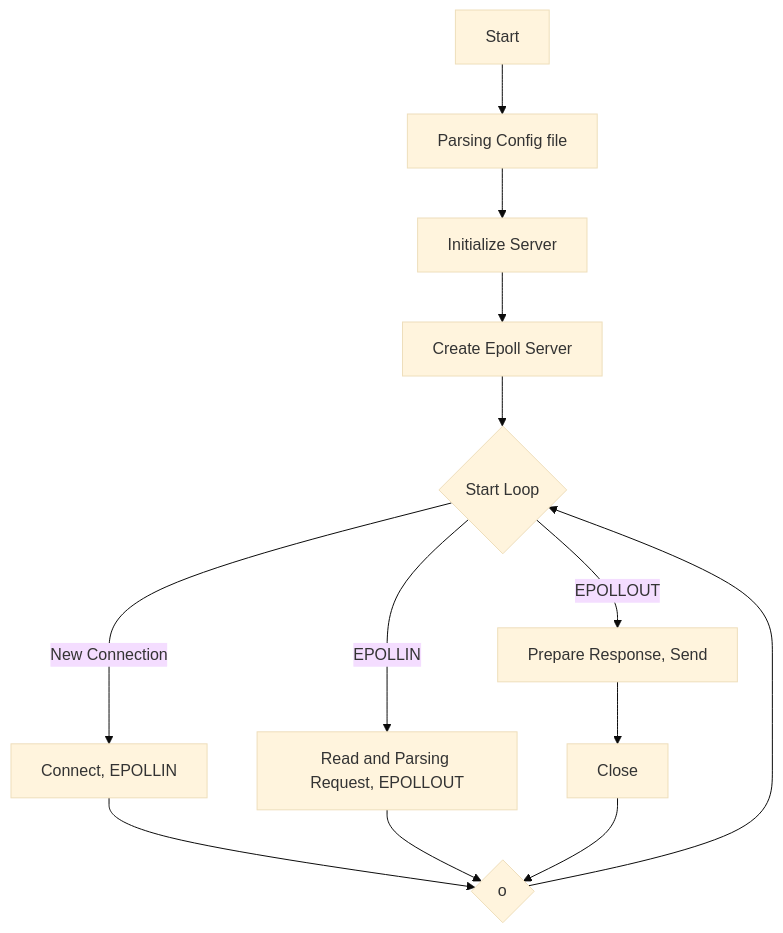
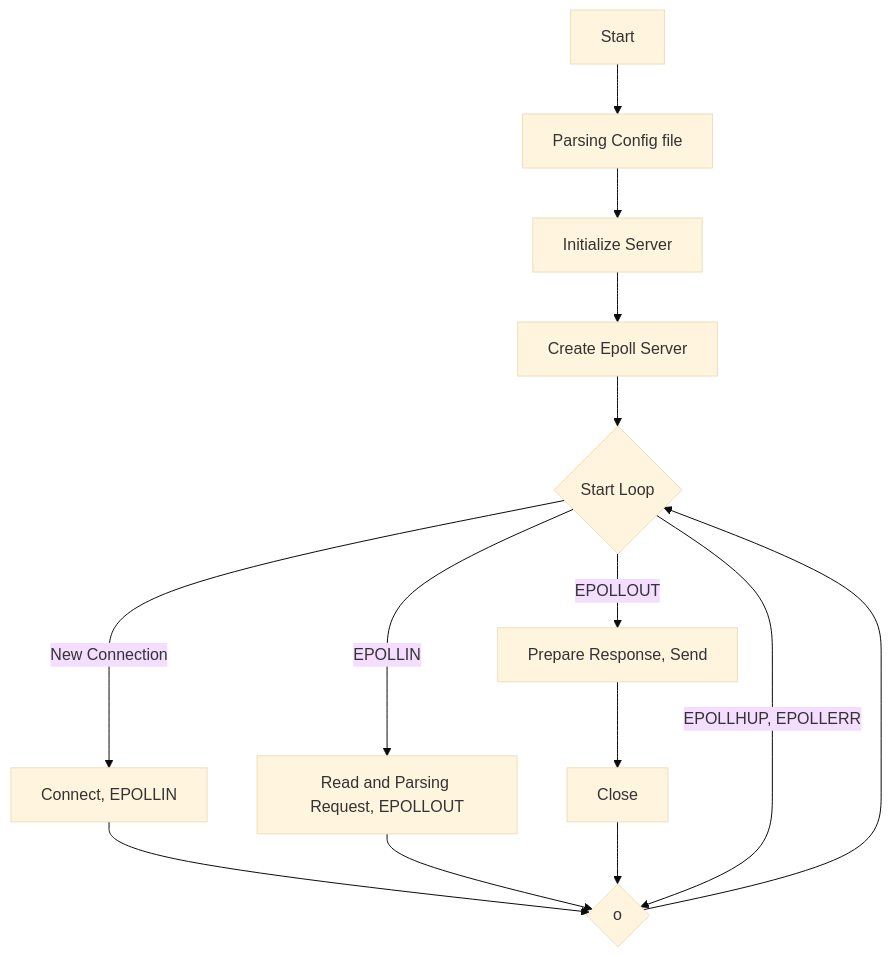
One commit to bankung7/42_webserv changed the diagram in README.md. Above: the diagram before and after it, drawn with Mermaid (base theme).

````diff
--- a/README.md
+++ b/README.md
@@ -39,15 +39,16 @@
 ```mermaid
 flowchart TD
     A[Start] --> B[Parsing Config file];
     B --> C[Initialize Server];
     C --> D[Create Epoll Server];
     D --> DD{Start Loop};
     DD -- New Connection --> D1[Connect, EPOLLIN];
     D1 --> F;
     DD -- EPOLLIN --> D2[Read and Parsing Request, EPOLLOUT];
     D2 --> F;
     DD -- EPOLLOUT --> D3[Prepare Response, Send];
     D3 --> E[Close];
     E --> F{o};
+    DD -- EPOLLHUP, EPOLLERR --> F;
     F --> DD;
 ```
````
